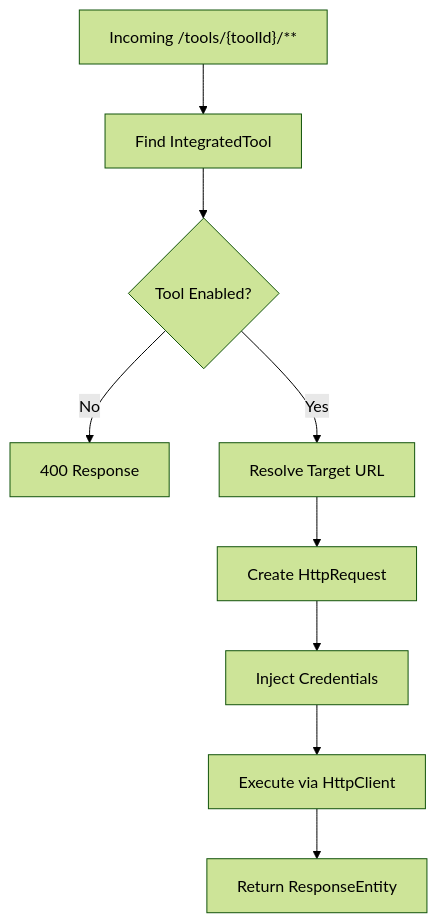
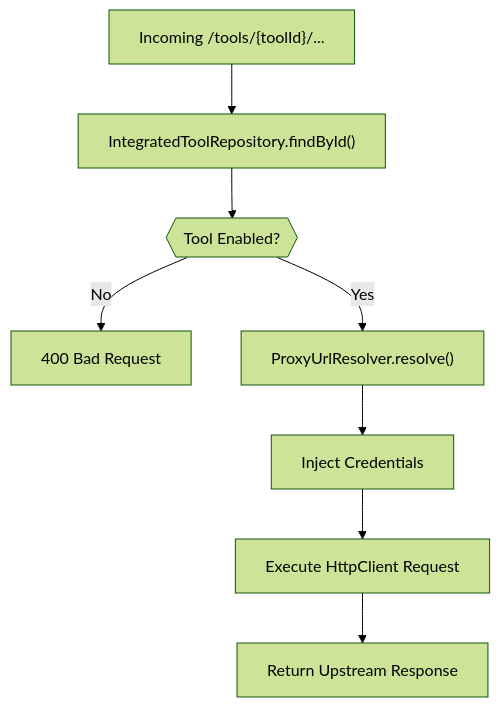
One commit to Praesto-Pro/openframe-oss-tenant changed the sixth of 7 diagrams in docs/architecture/external-api-service-core/external-api-service-core.md. Above: the diagram before and after it, drawn with Mermaid (forest theme). The commit also changed other lines of this file and 214 other files, not shown here.

````diff
--- a/docs/architecture/external-api-service-core/external-api-service-core.md
+++ b/docs/architecture/external-api-service-core/external-api-service-core.md
@@ -258,11 +311,10 @@
 ```mermaid
 flowchart TD
-    Req["Incoming /tools/{toolId}/**"] --> Lookup["Find IntegratedTool"]
-    Lookup --> Enabled{"Tool Enabled?"}
-    Enabled -->|No| Reject["400 Response"]
-    Enabled -->|Yes| Resolve["Resolve Target URL"]
-    Resolve --> BuildReq["Create HttpRequest"]
-    BuildReq --> AddHeaders["Inject Credentials"]
-    AddHeaders --> Execute["Execute via HttpClient"]
-    Execute --> Return["Return ResponseEntity"]
+    Start["Incoming /tools/{toolId}/..."] --> FindTool["IntegratedToolRepository.findById()"]
+    FindTool --> CheckEnabled{{"Tool Enabled?"}}
+    CheckEnabled -->|"No"| Reject["400 Bad Request"]
+    CheckEnabled -->|"Yes"| Resolve["ProxyUrlResolver.resolve()"]
+    Resolve --> Headers["Inject Credentials"]
+    Headers --> HttpCall["Execute HttpClient Request"]
+    HttpCall --> ReturnResp["Return Upstream Response"]
 ```
````
